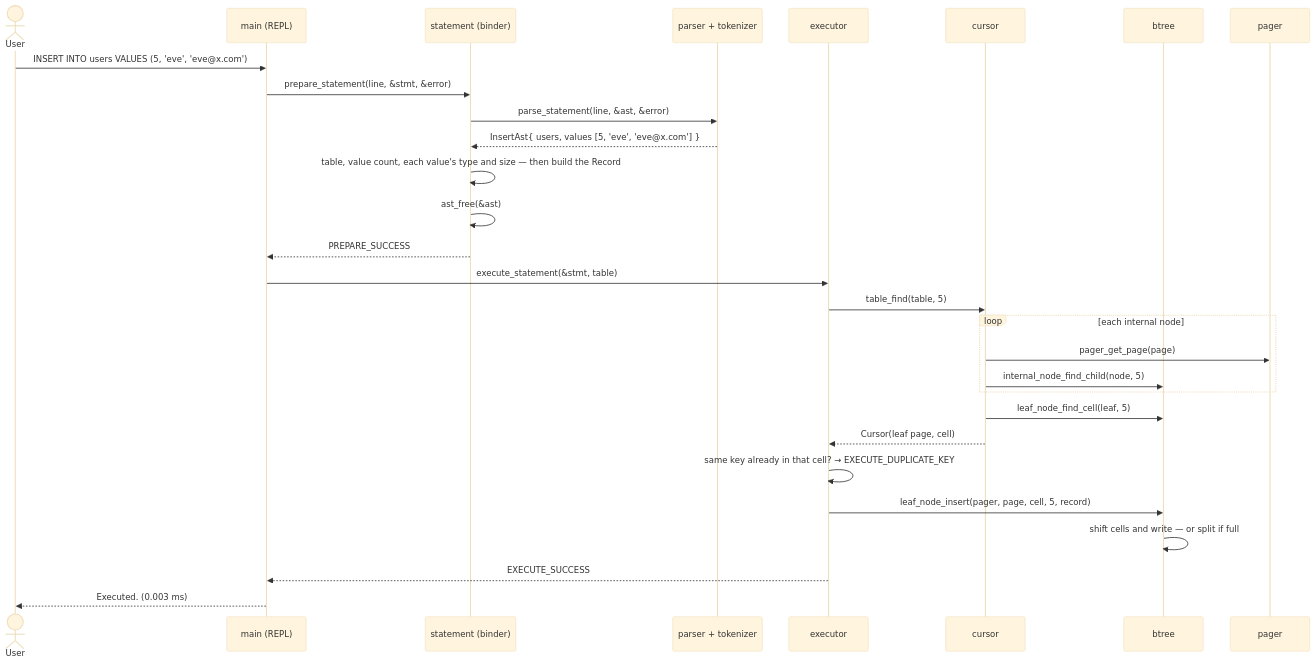
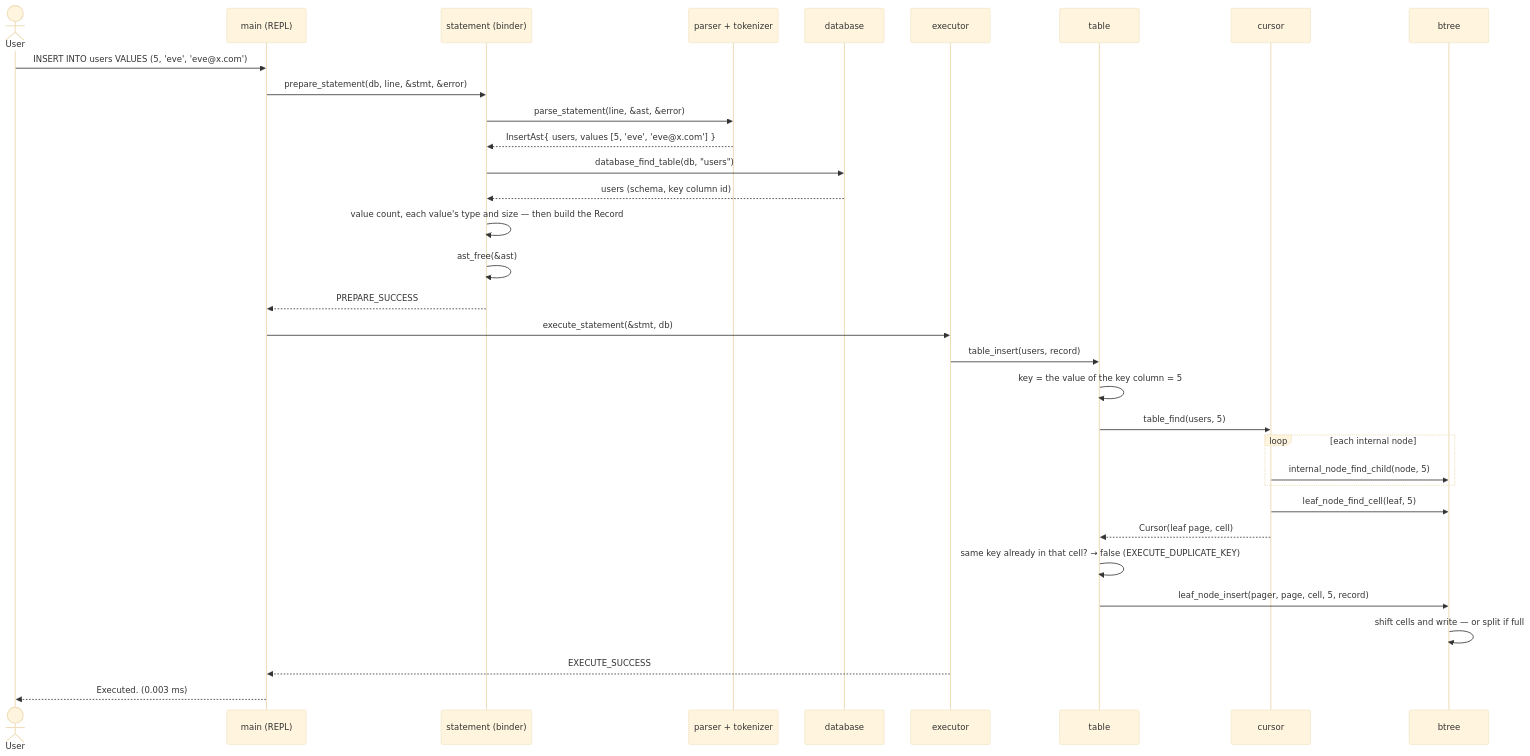
Diagram 13 of 21 in README.md (Rohitangshu2026/mini-sql), drawn with Mermaid (base theme) before and after one commit. The commit also changed other lines of this file, not shown here.

First line of the commit message:
docs: describe the catalog and CREATE TABLE in the README

````diff
--- a/README.md
+++ b/README.md
@@ -722,33 +821,37 @@
 ```mermaid
 sequenceDiagram
     actor U as User
     participant M as main (REPL)
     participant S as statement (binder)
     participant Q as parser + tokenizer
+    participant D as database
     participant E as executor
+    participant T as table
     participant C as cursor
     participant B as btree
-    participant P as pager
 
     U->>M: INSERT INTO users VALUES (5, 'eve', 'eve@x.com');
-    M->>S: prepare_statement(line, &stmt, &error)
+    M->>S: prepare_statement(db, line, &stmt, &error)
     S->>Q: parse_statement(line, &ast, &error)
     Q-->>S: InsertAst{ users, values [5, 'eve', 'eve@x.com'] }
-    S->>S: table, value count, each value's type and size — then build the Record
+    S->>D: database_find_table(db, "users")
+    D-->>S: users (schema, key column id)
+    S->>S: value count, each value's type and size — then build the Record
     S->>S: ast_free(&ast)
     S-->>M: PREPARE_SUCCESS
 
-    M->>E: execute_statement(&stmt, table)
-    E->>C: table_find(table, 5)
+    M->>E: execute_statement(&stmt, db)
+    E->>T: table_insert(users, record)
+    T->>T: key = the value of the key column = 5
+    T->>C: table_find(users, 5)
     loop each internal node
-        C->>P: pager_get_page(page)
         C->>B: internal_node_find_child(node, 5)
     end
     C->>B: leaf_node_find_cell(leaf, 5)
-    C-->>E: Cursor(leaf page, cell)
-    E->>E: same key already in that cell? → EXECUTE_DUPLICATE_KEY
-    E->>B: leaf_node_insert(pager, page, cell, 5, record)
+    C-->>T: Cursor(leaf page, cell)
+    T->>T: same key already in that cell? → false (EXECUTE_DUPLICATE_KEY)
+    T->>B: leaf_node_insert(pager, page, cell, 5, record)
     B->>B: shift cells and write — or split if full
     E-->>M: EXECUTE_SUCCESS
     M-->>U: Executed. (0.003 ms)
 ```
````
